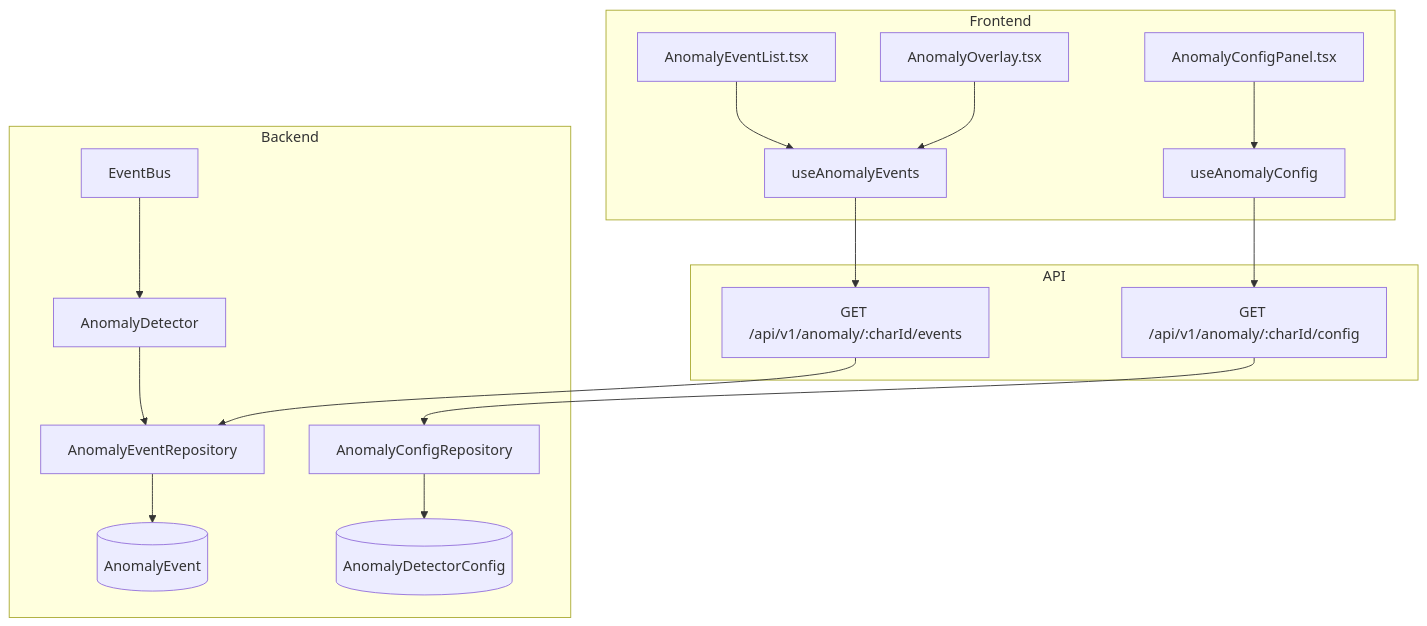
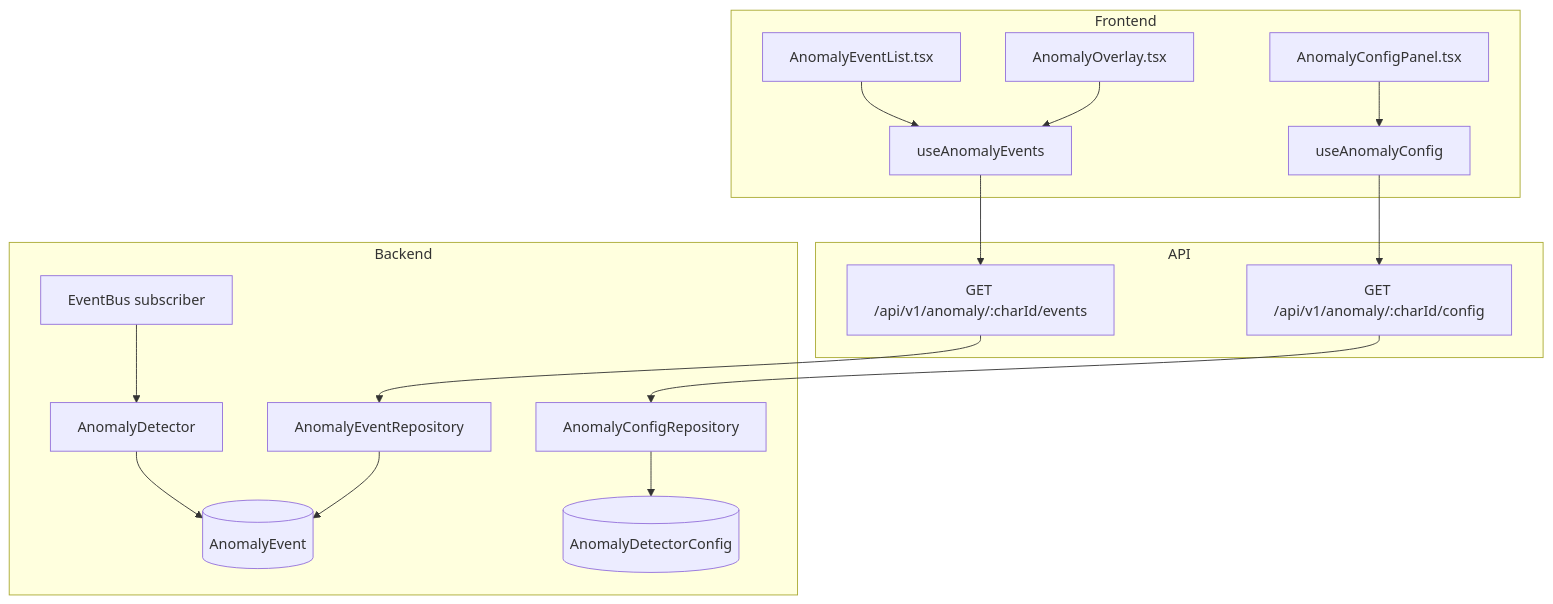
Before and after one commit to saturnis-io/cassini: the first of 2 diagrams in .knowledge/features/anomaly.md, drawn with Mermaid. The commit also changed other lines of this file and 15 other files, not shown here.

Commit message:
knowledge-graph: regenerate

````diff
--- a/.knowledge/features/anomaly.md
+++ b/.knowledge/features/anomaly.md
@@ -5,20 +5,20 @@
 ```mermaid
 flowchart TD
     subgraph Frontend
         C1[AnomalyOverlay.tsx] --> H1[useAnomalyEvents]
         C2[AnomalyConfigPanel.tsx] --> H2[useAnomalyConfig]
         C3[AnomalyEventList.tsx] --> H1
     end
     subgraph API
         H1 --> E1[GET /api/v1/anomaly/:charId/events]
         H2 --> E2[GET /api/v1/anomaly/:charId/config]
     end
     subgraph Backend
         E1 --> R1[AnomalyEventRepository]
         R1 --> M1[(AnomalyEvent)]
         E2 --> R2[AnomalyConfigRepository]
         R2 --> M2[(AnomalyDetectorConfig)]
-        S1[AnomalyDetector] --> R1
-        S2[EventBus] --> S1
+        S1[EventBus subscriber] --> S2[AnomalyDetector]
+        S2 --> M1
     end
 ```
````
